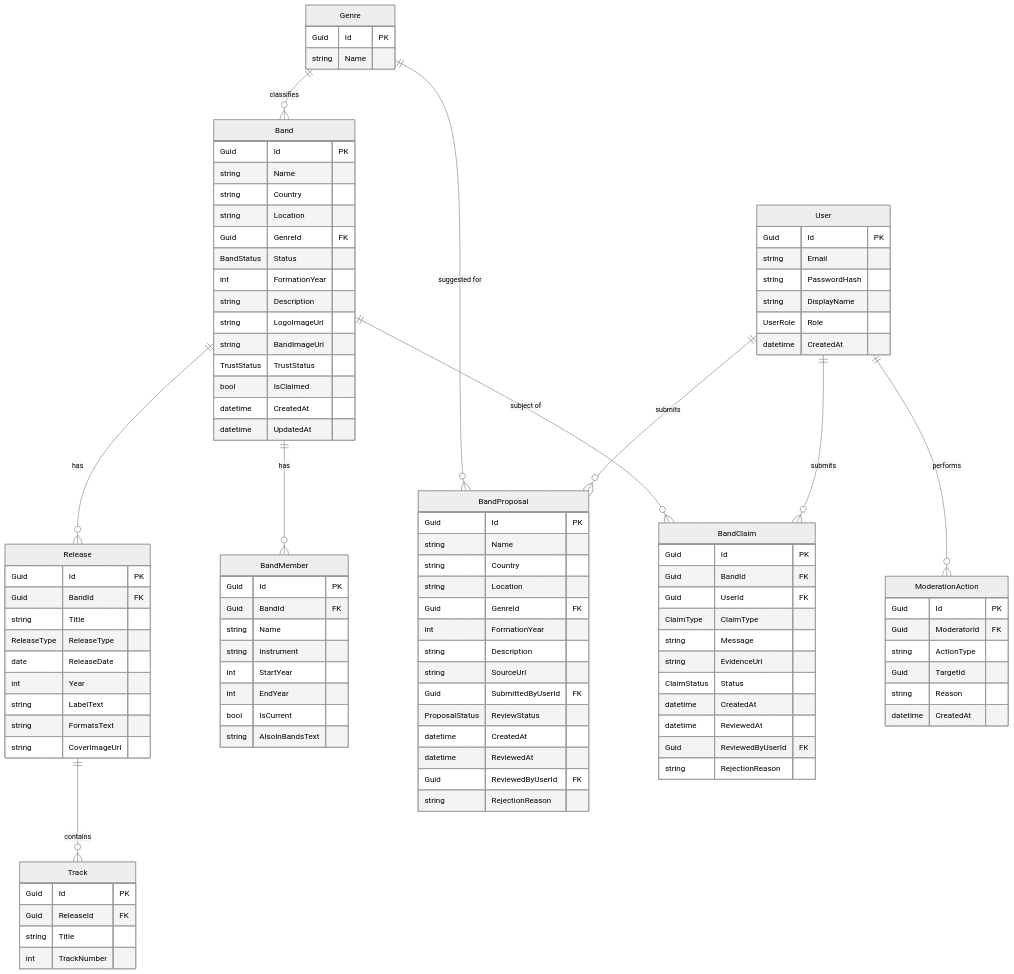
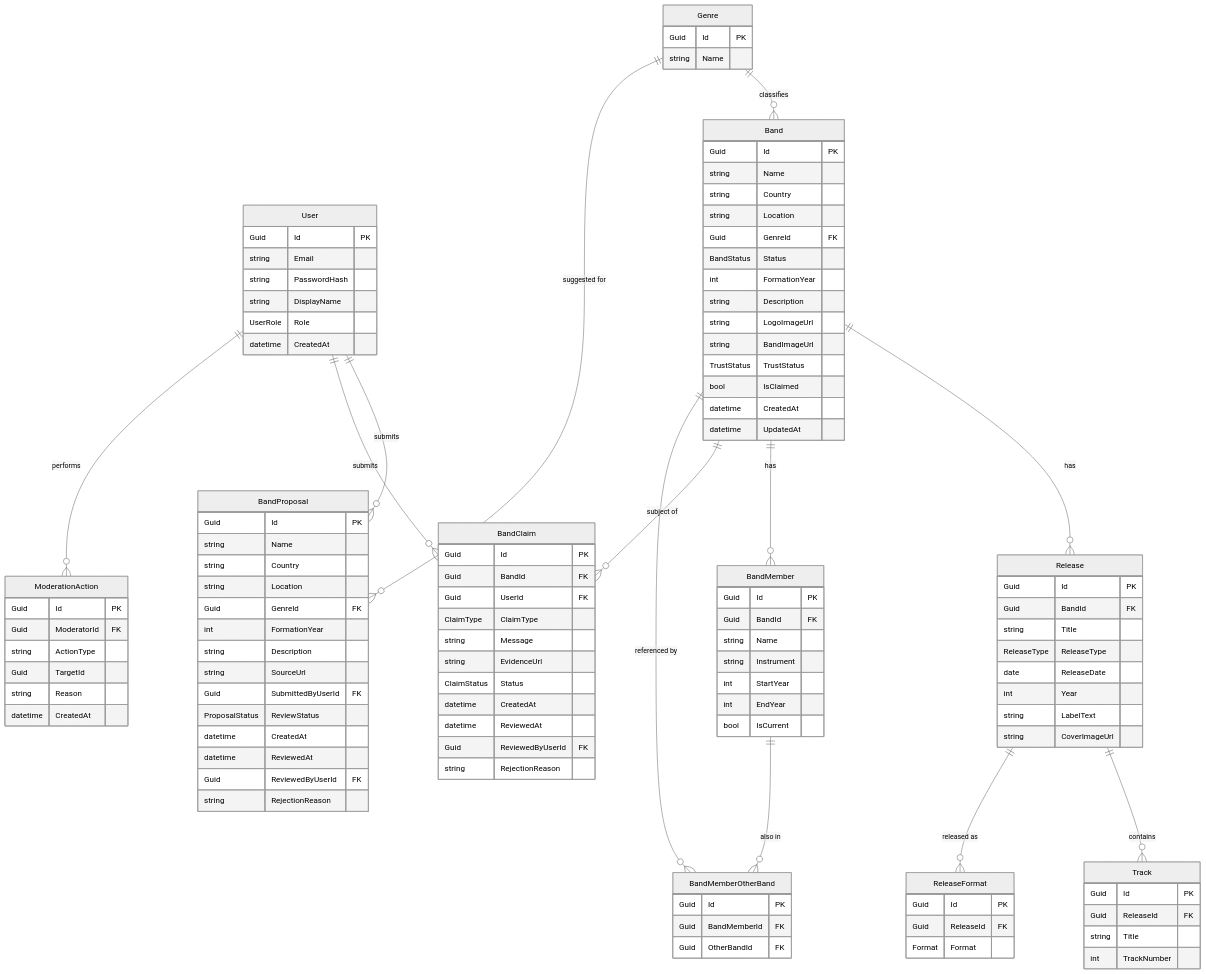
Before and after one commit to Camposgrind/diy-music-community: the diagram in docs/technical/erd.md, drawn with Mermaid (neutral theme). The commit also changed 38 other files, not shown here.

Commit message:
configure EF Core 10 with SQL Server, Release formats, and BandMember cross-links

```diff
--- a/docs/technical/erd.md
+++ b/docs/technical/erd.md
@@ -41,8 +41,13 @@
 		date ReleaseDate
 		int Year
 		string LabelText
-		string FormatsText
 		string CoverImageUrl
+	}
+
+	ReleaseFormat {
+		Guid Id PK
+		Guid ReleaseId FK
+		Format Format
 	}
 
 	Track {
@@ -60,7 +65,12 @@
 		int StartYear
 		int EndYear
 		bool IsCurrent
-		string AlsoInBandsText
+	}
+
+	BandMemberOtherBand {
+		Guid Id PK
+		Guid BandMemberId FK
+		Guid OtherBandId FK
 	}
 
 	BandProposal {
@@ -111,6 +121,10 @@
 	Band ||--o{ BandClaim : "subject of"
 
 	Release ||--o{ Track : "contains"
+	Release ||--o{ ReleaseFormat : "released as"
+
+	BandMember ||--o{ BandMemberOtherBand : "also in"
+	Band ||--o{ BandMemberOtherBand : "referenced by"
 
 	User ||--o{ BandProposal : "submits"
 	User ||--o{ BandClaim : "submits"
```
